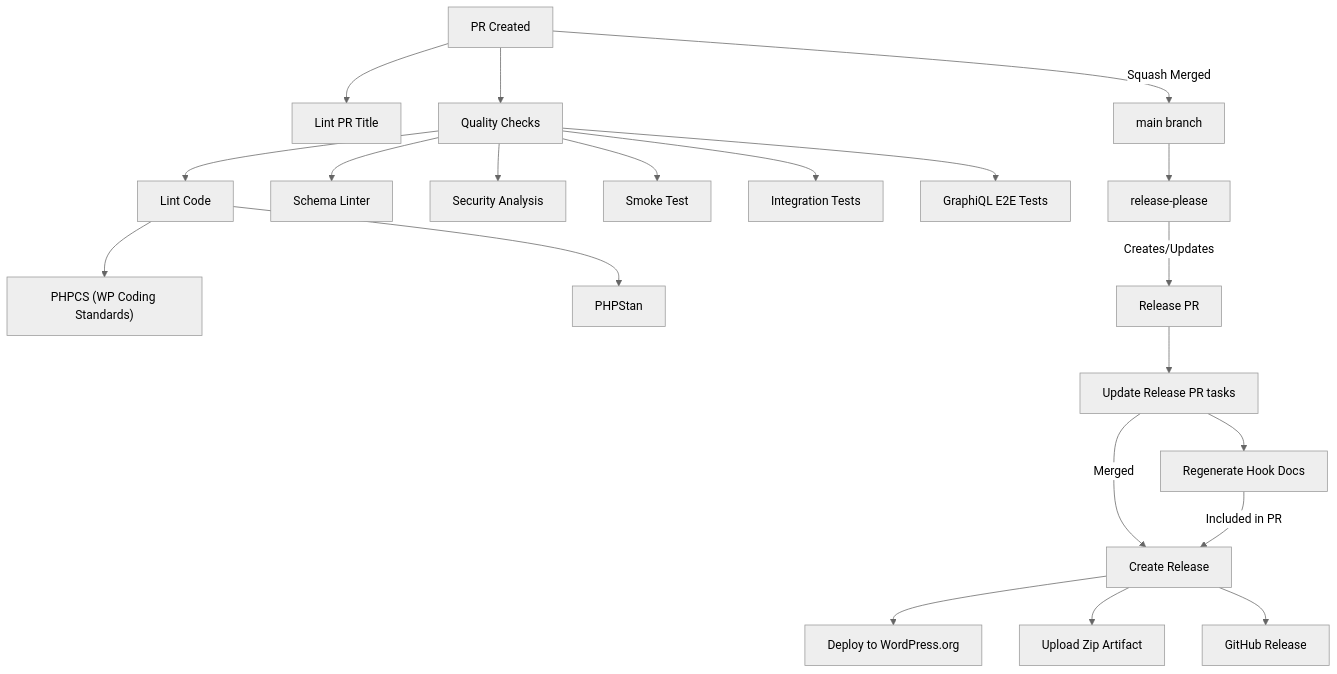
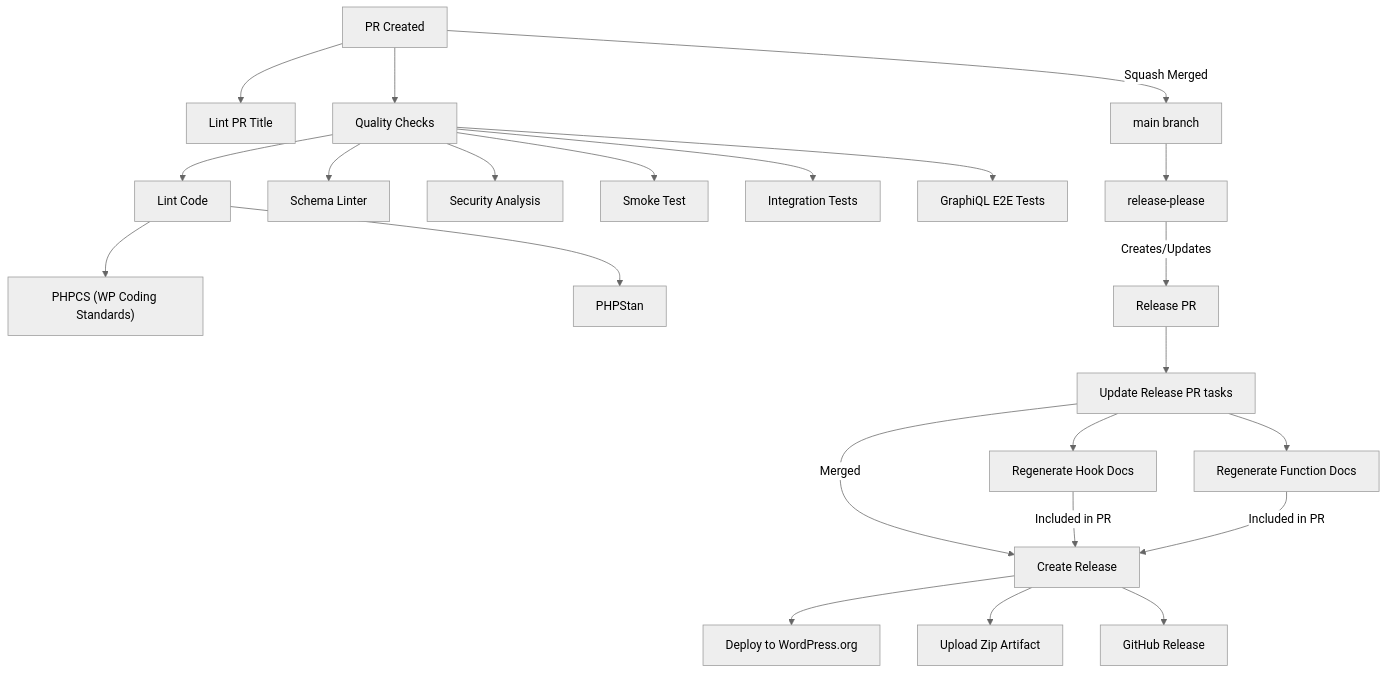
Before and after one commit to wp-graphql/wp-graphql: the diagram in .github/workflows/README.md, drawn with Mermaid (neutral theme). The commit also changed other lines of this file and 1 other file, not shown here.

Commit message:
chore(ci): generate function and recipe docs in release PR workflow
Run generators and include recipes-index in synced artifacts.

````diff
--- a/.github/workflows/README.md
+++ b/.github/workflows/README.md
@@ -153,30 +154,32 @@
 ```mermaid
 flowchart TD
     %% PR Process
     PR[PR Created] --> LPR[Lint PR Title]
     PR --> QA[Quality Checks]
 
     %% Quality Checks
     QA --> Lint[Lint Code]
     QA --> SL[Schema Linter]
     QA --> SEC[Security Analysis]
     QA --> SM[Smoke Test]
     QA --> INT[Integration Tests]
     QA --> E2E[GraphiQL E2E Tests]
 
     %% Linting
     Lint --> CS["PHPCS (WP Coding Standards)"]
     Lint --> STAN[PHPStan]
 
     %% Merge and Release
     PR --> |Squash Merged| MAIN[main branch]
     MAIN --> RP[release-please]
     RP --> |Creates/Updates| RPR[Release PR]
     RPR --> URP[Update Release PR tasks]
     URP --> HGD[Regenerate Hook Docs]
+    URP --> FGD[Regenerate Function Docs]
     URP --> |Merged| REL[Create Release]
     HGD --> |Included in PR| REL
+    FGD --> |Included in PR| REL
     REL --> WO[Deploy to WordPress.org]
     REL --> ZIP[Upload Zip Artifact]
     REL --> GH[GitHub Release]
 ```
````
